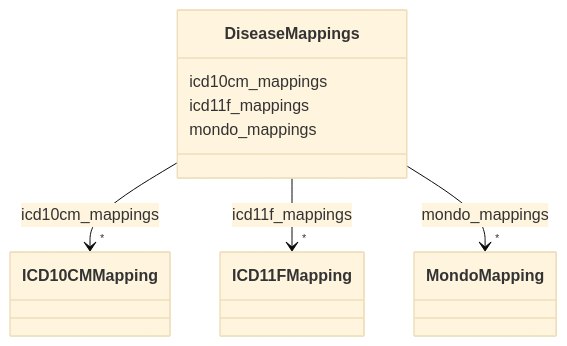
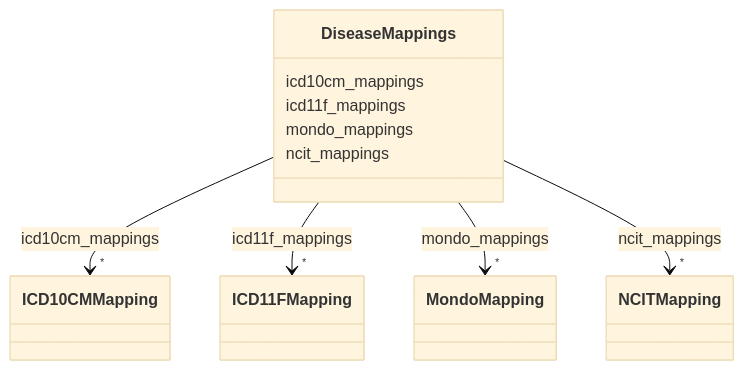
One commit to monarch-initiative/dismech changed the diagram in docs/schema/classes/DiseaseMappings.md. Above: the diagram before and after it, drawn with Mermaid (base theme). The commit also changed other lines of this file and 6 other files, not shown here.

````diff
--- a/docs/schema/classes/DiseaseMappings.md
+++ b/docs/schema/classes/DiseaseMappings.md
@@ -18,39 +18,50 @@
 ```mermaid
  classDiagram
     class DiseaseMappings
     click DiseaseMappings href "../../classes/DiseaseMappings/"
       DiseaseMappings : icd10cm_mappings
-        
-          
-    
-        
-        
+
+
+
+
+
         DiseaseMappings --> "*" ICD10CMMapping : icd10cm_mappings
         click ICD10CMMapping href "../../classes/ICD10CMMapping/"
-    
 
-        
+
+
       DiseaseMappings : icd11f_mappings
-        
-          
-    
-        
-        
+
+
+
+
+
         DiseaseMappings --> "*" ICD11FMapping : icd11f_mappings
         click ICD11FMapping href "../../classes/ICD11FMapping/"
-    
 
-        
+
+
       DiseaseMappings : mondo_mappings
-        
-          
-    
-        
-        
+
+
+
+
+
         DiseaseMappings --> "*" MondoMapping : mondo_mappings
         click MondoMapping href "../../classes/MondoMapping/"
-    
 
-        
-      
+
+
+      DiseaseMappings : ncit_mappings
+
+
+
+
+
+        DiseaseMappings --> "*" NCITMapping : ncit_mappings
+        click NCITMapping href "../../classes/NCITMapping/"
+
+
+
+
 ```
````
